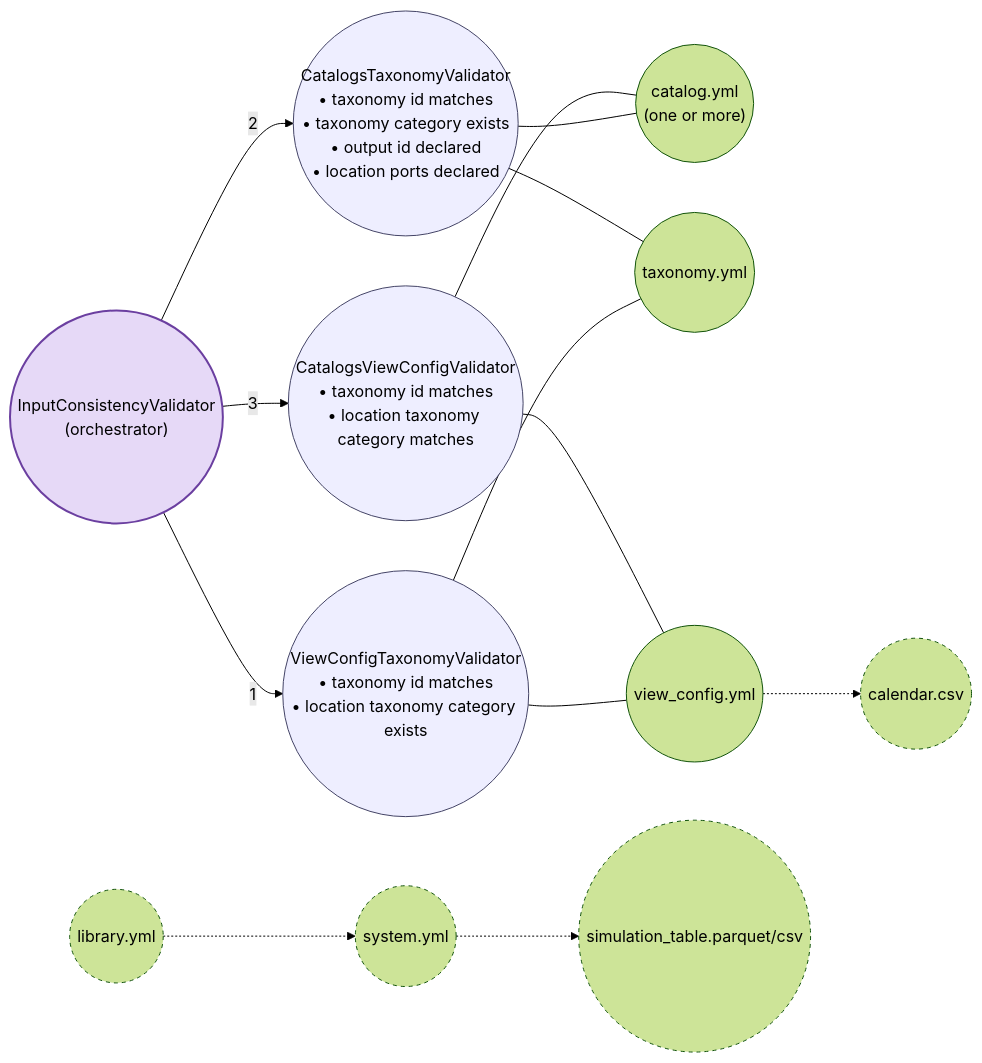
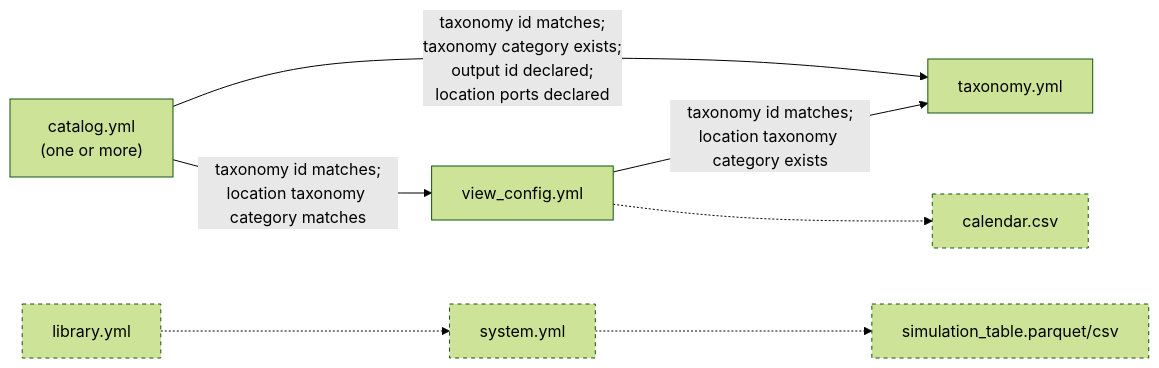
One commit to AntaresSimulatorTeam/GEMS-ViewsBuilder changed the diagram in docs/input_validation_diagram.md. Above: the diagram before and after it, drawn with Mermaid (forest theme). The commit also changed other lines of this file, not shown here.

Commit message:
refactor(input validation diagram): simplify diagram and clarify relationships
- Revised the input validation diagram to focus on nodes as input files and edges as cross-file checks, enhancing clarity.
- Removed the orchestrator node and updated edge labels to better represent the validation relationships between files.
- Improved overall structure and readability of the diagram, ensuring a clearer understanding of the validation process.

````diff
--- a/docs/input_validation_diagram.md
+++ b/docs/input_validation_diagram.md
@@ -8,38 +6,21 @@
 ```mermaid
 graph LR
-    orchestrator(("InputConsistencyValidator<br/>(orchestrator)"))
+    catalog["catalog.yml<br/>(one or more)"]
+    taxonomy["taxonomy.yml"]
+    view_config["view_config.yml"]
+    library["library.yml"]
+    system["system.yml"]
+    simulation_table["simulation_table.parquet/csv"]
+    calendar["calendar.csv"]
 
-    catalog(("catalog.yml<br/>(one or more)"))
-    taxonomy(("taxonomy.yml"))
-    view_config(("view_config.yml"))
-    library(("library.yml"))
-    system(("system.yml"))
-    simulation_table(("simulation_table.parquet/csv"))
-    calendar(("calendar.csv"))
-
-    vc_tax(("ViewConfigTaxonomyValidator<br/>• taxonomy id matches<br/>• location taxonomy category exists"))
-    cat_tax(("CatalogsTaxonomyValidator<br/>• taxonomy id matches<br/>• taxonomy category exists<br/>• output id declared<br/>• location ports declared"))
-    cat_vc(("CatalogsViewConfigValidator<br/>• taxonomy id matches<br/>• location taxonomy category matches"))
-
-    orchestrator -- "1" --> vc_tax
-    orchestrator -- "2" --> cat_tax
-    orchestrator -- "3" --> cat_vc
-
-    vc_tax --- view_config
-    vc_tax --- taxonomy
-    cat_tax --- catalog
-    cat_tax --- taxonomy
-    cat_vc --- catalog
-    cat_vc --- view_config
+    catalog -- "taxonomy id matches;<br/>taxonomy category exists;<br/>output id declared;<br/>location ports declared" --> taxonomy
+    view_config -- "taxonomy id matches;<br/>location taxonomy category exists" --> taxonomy
+    catalog -- "taxonomy id matches;<br/>location taxonomy category matches" --> view_config
 
     library -.-> system
     system -.-> simulation_table
     view_config -.-> calendar
 
     classDef unvalidated stroke-dasharray: 4 4;
     class library,system,simulation_table,calendar unvalidated;
-    classDef orchestrator fill:#e6d9f7,stroke:#6b3fa0,stroke-width:2px;
-    class orchestrator orchestrator;
-    classDef validator fill:#eef,stroke:#446;
-    class vc_tax,cat_tax,cat_vc validator;
 ```
````
